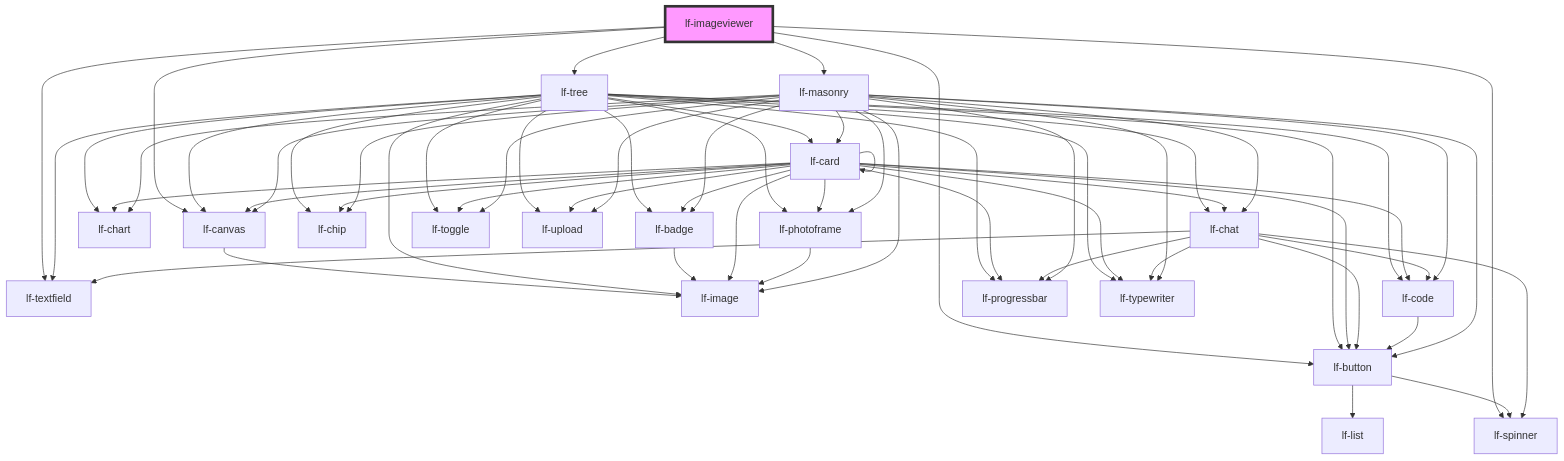
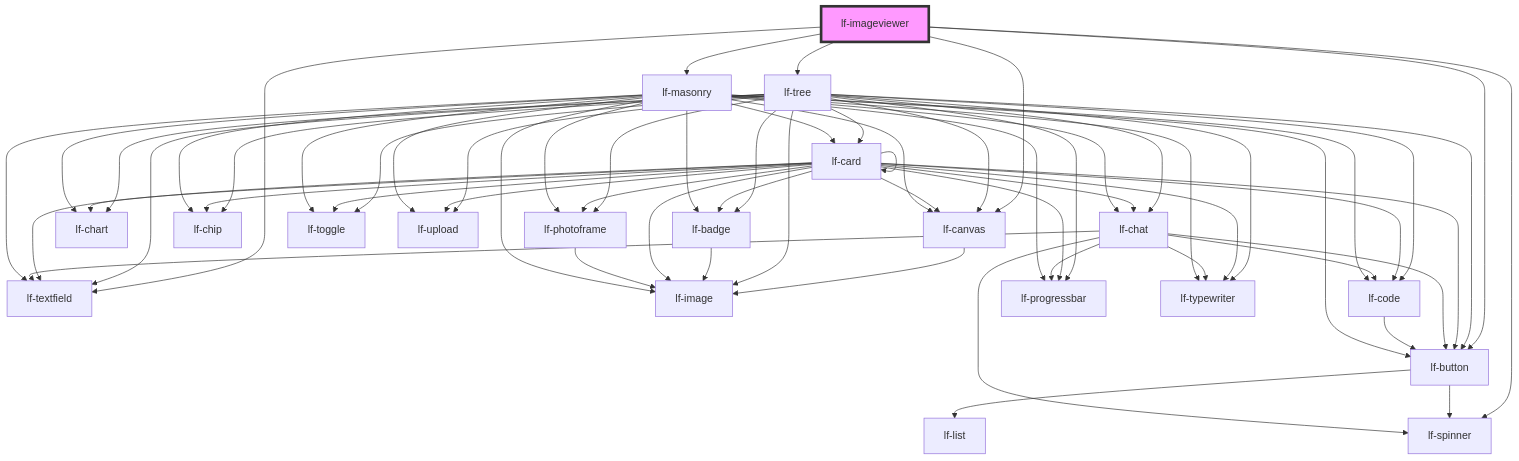
Before and after one commit to lucafoscili/lf-widgets: the diagram in packages/core/src/components/lf-imageviewer/readme.md, drawn with Mermaid. The commit also changed 9 other files, not shown here.

````diff
--- a/packages/core/src/components/lf-imageviewer/readme.md
+++ b/packages/core/src/components/lf-imageviewer/readme.md
@@ -196,65 +196,67 @@
 ```mermaid
 graph TD;
   lf-imageviewer --> lf-canvas
   lf-imageviewer --> lf-button
   lf-imageviewer --> lf-spinner
   lf-imageviewer --> lf-tree
   lf-imageviewer --> lf-masonry
   lf-imageviewer --> lf-textfield
   lf-canvas --> lf-image
   lf-button --> lf-list
   lf-button --> lf-spinner
   lf-tree --> lf-textfield
   lf-tree --> lf-badge
   lf-tree --> lf-button
   lf-tree --> lf-canvas
   lf-tree --> lf-card
   lf-tree --> lf-chart
   lf-tree --> lf-chat
   lf-tree --> lf-chip
   lf-tree --> lf-code
   lf-tree --> lf-image
   lf-tree --> lf-photoframe
   lf-tree --> lf-progressbar
   lf-tree --> lf-toggle
   lf-tree --> lf-typewriter
   lf-tree --> lf-upload
   lf-badge --> lf-image
   lf-card --> lf-badge
   lf-card --> lf-button
   lf-card --> lf-canvas
   lf-card --> lf-card
   lf-card --> lf-chart
   lf-card --> lf-chat
   lf-card --> lf-chip
   lf-card --> lf-code
   lf-card --> lf-image
   lf-card --> lf-photoframe
   lf-card --> lf-progressbar
+  lf-card --> lf-textfield
   lf-card --> lf-toggle
   lf-card --> lf-typewriter
   lf-card --> lf-upload
   lf-chat --> lf-spinner
   lf-chat --> lf-button
   lf-chat --> lf-typewriter
   lf-chat --> lf-progressbar
   lf-chat --> lf-textfield
   lf-chat --> lf-code
   lf-code --> lf-button
   lf-photoframe --> lf-image
   lf-masonry --> lf-badge
   lf-masonry --> lf-button
   lf-masonry --> lf-canvas
   lf-masonry --> lf-card
   lf-masonry --> lf-chart
   lf-masonry --> lf-chat
   lf-masonry --> lf-chip
   lf-masonry --> lf-code
   lf-masonry --> lf-image
   lf-masonry --> lf-photoframe
   lf-masonry --> lf-progressbar
+  lf-masonry --> lf-textfield
   lf-masonry --> lf-toggle
   lf-masonry --> lf-typewriter
   lf-masonry --> lf-upload
   style lf-imageviewer fill:#f9f,stroke:#333,stroke-width:4px
 ```
````
